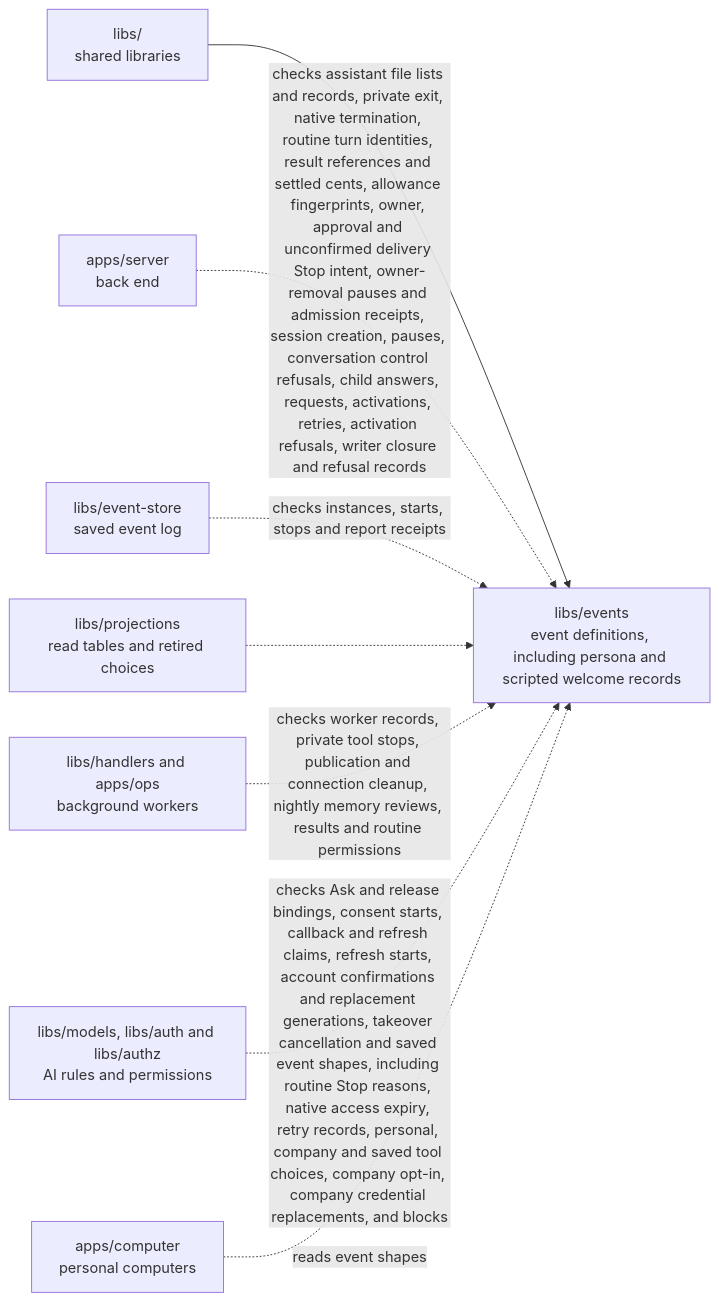
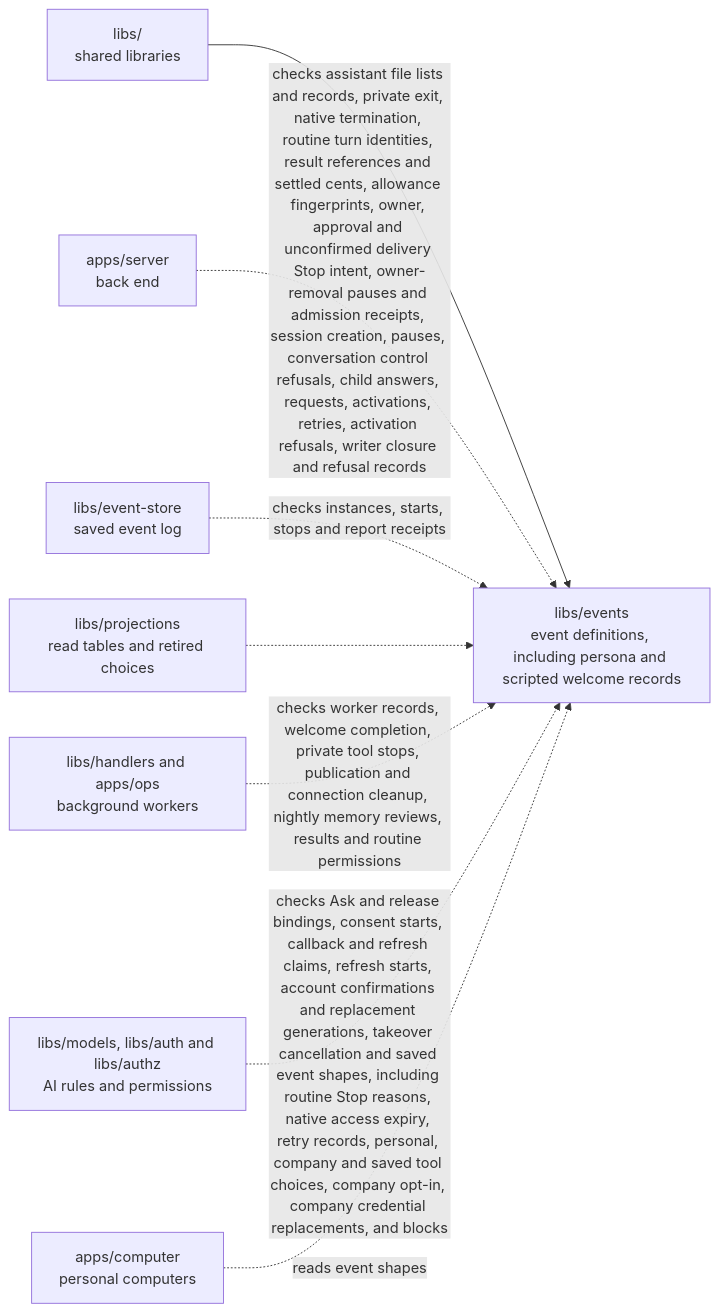
The diagram in libs/events/README.md (elewa-git/opencrane-new), drawn with Mermaid before and after one commit. The commit also changed other lines of this file and 22 other files, not shown here.

````diff
--- a/libs/events/README.md
+++ b/libs/events/README.md
@@ -59,10 +59,10 @@
 ```mermaid
 flowchart LR
   parent["libs/<br/>shared libraries"] --> events["libs/events<br/>event definitions, including persona and scripted welcome records"]
   server["apps/server<br/>back end"] -.->|checks assistant file lists and records, private exit, native termination, routine turn identities, result references and settled cents, allowance fingerprints, owner, approval and unconfirmed delivery Stop intent, owner-removal pauses and admission receipts, session creation, pauses, conversation control refusals, child answers, requests, activations, retries, activation refusals, writer closure and refusal records| events
   store["libs/event-store<br/>saved event log"] -.->|checks instances, starts, stops and report receipts| events
   projections["libs/projections<br/>read tables and retired choices"] -.-> events
-  workers["libs/handlers and apps/ops<br/>background workers"] -.->|checks worker records, private tool stops, publication and connection cleanup, nightly memory reviews, results and routine permissions| events
+  workers["libs/handlers and apps/ops<br/>background workers"] -.->|checks worker records, welcome completion, private tool stops, publication and connection cleanup, nightly memory reviews, results and routine permissions| events
   models["libs/models, libs/auth and libs/authz<br/>AI rules and permissions"] -.->|checks Ask and release bindings, consent starts, callback and refresh claims, refresh starts, account confirmations and replacement generations, takeover cancellation and saved event shapes, including routine Stop reasons, native access expiry, retry records, personal, company and saved tool choices, company opt-in, company credential replacements, and blocks| events
   computer["apps/computer<br/>personal computers"] -.->|reads event shapes| events
 ```
````
